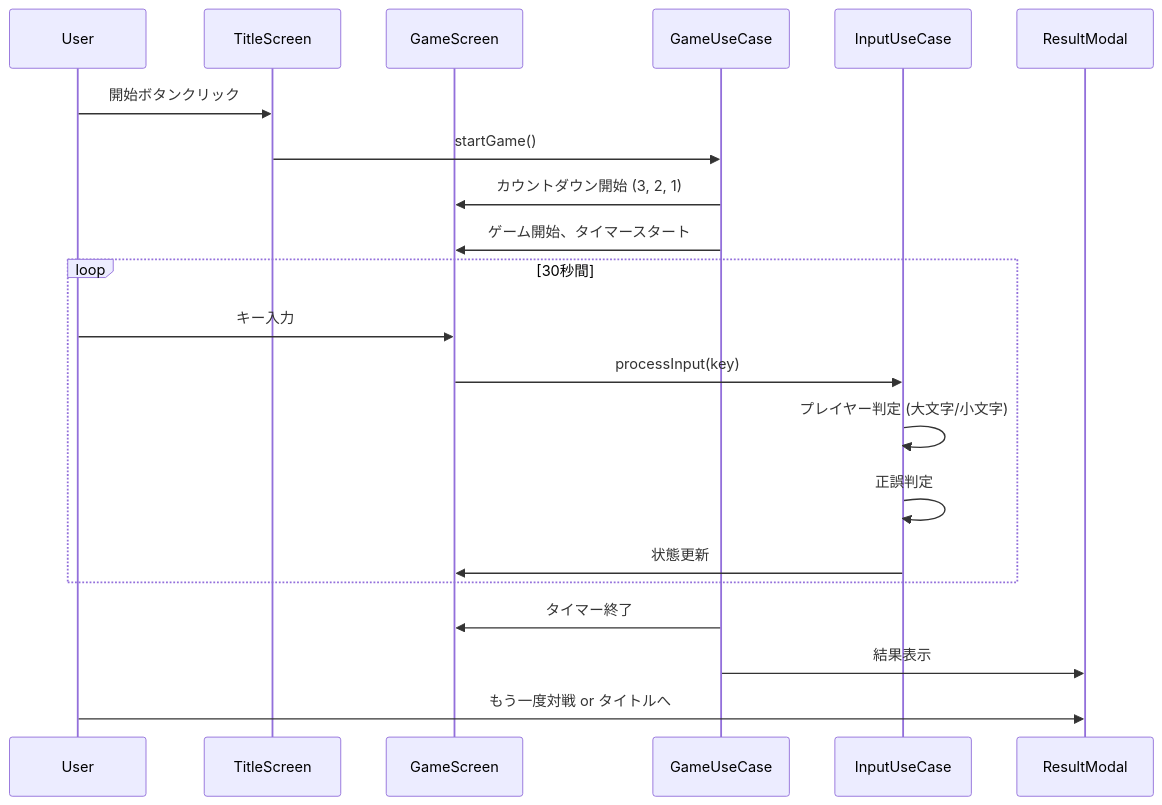
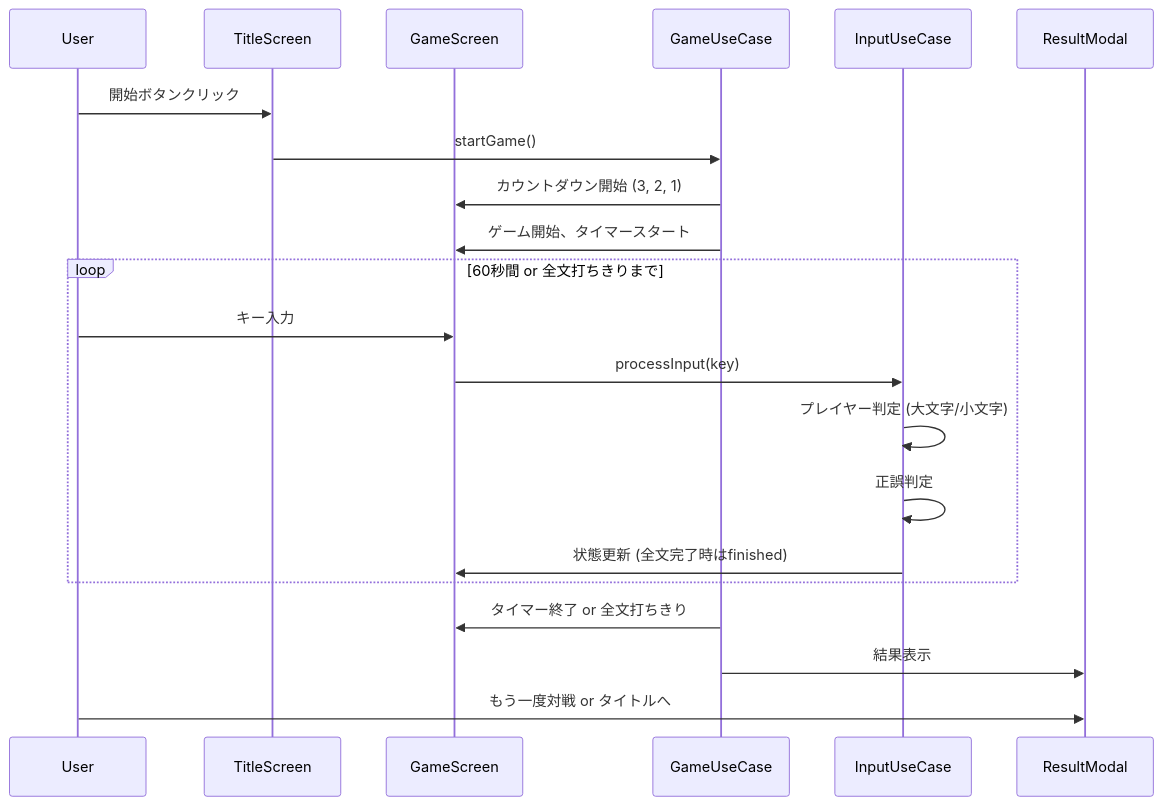
The fourth of 4 diagrams in docs/functional-design.md (coderdojo-iwata/vs-typing-dojo-ts), drawn with Mermaid before and after one commit. The commit also changed other lines of this file and 30 other files, not shown here.

````diff
--- a/docs/functional-design.md
+++ b/docs/functional-design.md
@@ -347,26 +348,26 @@
 ```mermaid
 sequenceDiagram
     participant U as User
     participant T as TitleScreen
     participant G as GameScreen
     participant GU as GameUseCase
     participant IU as InputUseCase
     participant R as ResultModal
 
     U->>T: 開始ボタンクリック
     T->>GU: startGame()
     GU->>G: カウントダウン開始 (3, 2, 1)
     GU->>G: ゲーム開始、タイマースタート
 
-    loop 30秒間
+    loop 60秒間 or 全文打ちきりまで
         U->>G: キー入力
         G->>IU: processInput(key)
         IU->>IU: プレイヤー判定 (大文字/小文字)
         IU->>IU: 正誤判定
-        IU->>G: 状態更新
+        IU->>G: 状態更新 (全文完了時はfinished)
     end
 
-    GU->>G: タイマー終了
+    GU->>G: タイマー終了 or 全文打ちきり
     GU->>R: 結果表示
     U->>R: もう一度対戦 or タイトルへ
 ```
````
